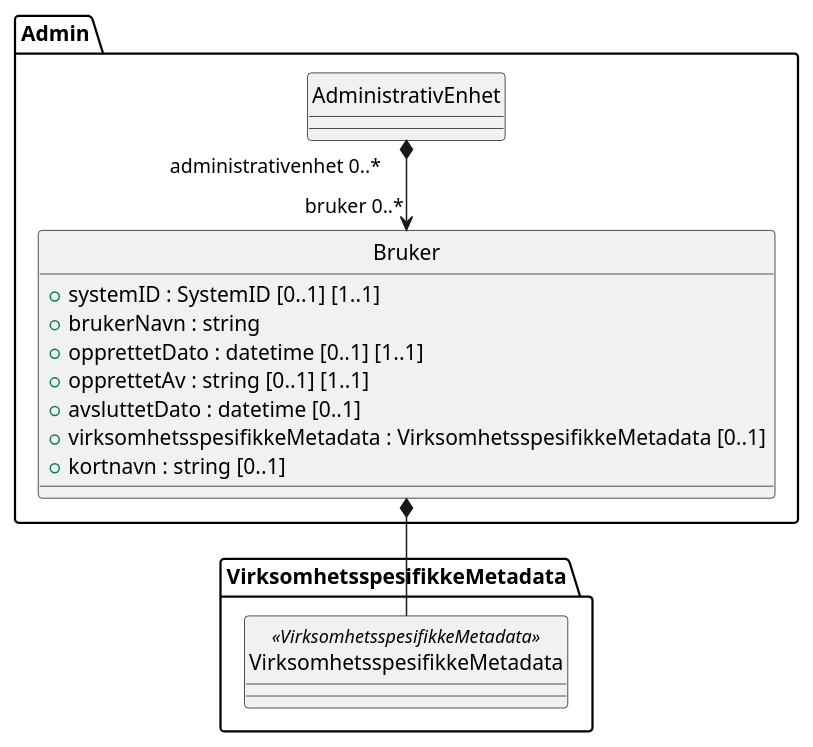
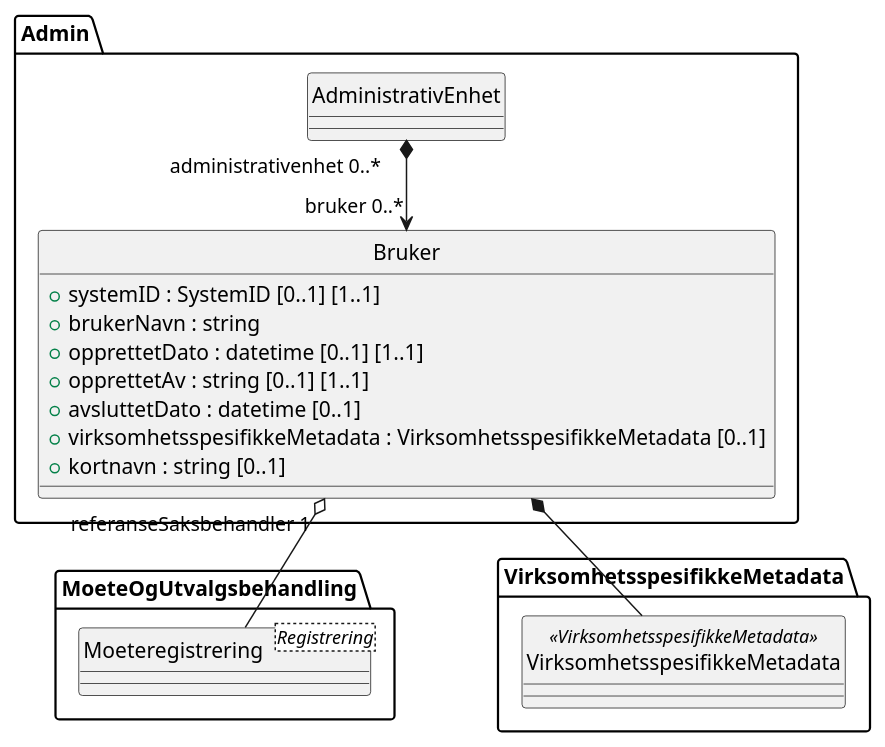
The diagram in kapitler/media/uml-class-bruker.puml (arkivverket/noark5-tjenestegrensesnitt-standard), drawn with PlantUML before and after one commit. The commit also changed 21 other files, not shown here.

```diff
--- a/kapitler/media/uml-class-bruker.puml
+++ b/kapitler/media/uml-class-bruker.puml
@@ -1,19 +1,22 @@
 @startuml
 skinparam nodesep 100
 hide circle
 class Admin.Bruker {
   +systemID : SystemID [0..1] [1..1]
   +brukerNavn : string
   +opprettetDato : datetime [0..1] [1..1]
   +opprettetAv : string [0..1] [1..1]
   +avsluttetDato : datetime [0..1]
   +virksomhetsspesifikkeMetadata : VirksomhetsspesifikkeMetadata [0..1]
   +kortnavn : string [0..1]
 }
 class Admin.AdministrativEnhet {
 }
 Admin.AdministrativEnhet "administrativenhet 0..*" *--> "bruker 0..*" Admin.Bruker
+class MoeteOgUtvalgsbehandling.Moeteregistrering <Registrering> {
+}
+Admin.Bruker "referanseSaksbehandler 1" o-- MoeteOgUtvalgsbehandling.Moeteregistrering
 class VirksomhetsspesifikkeMetadata.VirksomhetsspesifikkeMetadata <<VirksomhetsspesifikkeMetadata>> {
 }
 Admin.Bruker *-- VirksomhetsspesifikkeMetadata.VirksomhetsspesifikkeMetadata
 @enduml
```
